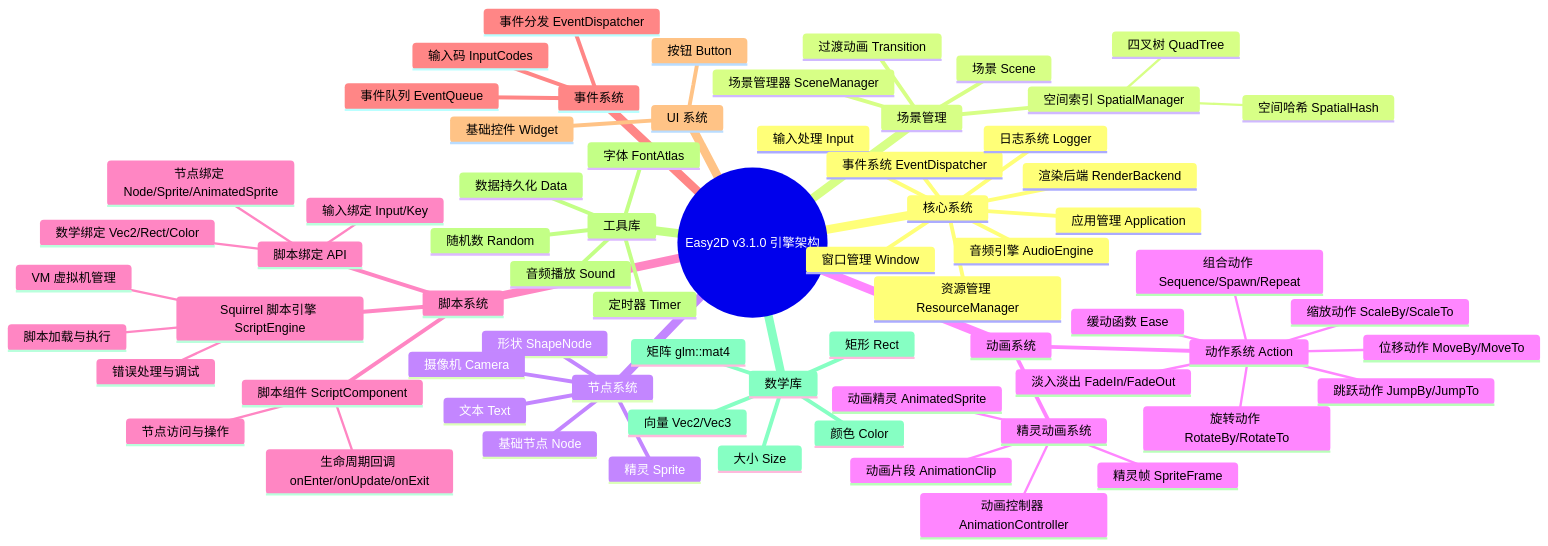
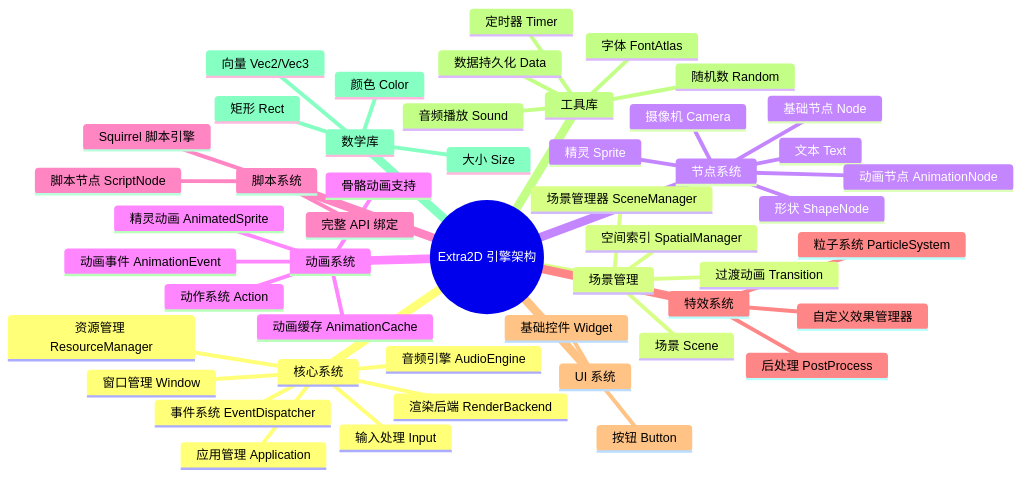
The diagram in README.md (ChestnutYueyue/Extra2D), drawn with Mermaid before and after one commit. The commit also changed other lines of this file and 71 other files, not shown here.

````diff
--- a/README.md
+++ b/README.md
@@ -58,71 +53,52 @@
 ```mermaid
 mindmap
-  root((Easy2D v3.1.0 引擎架构))
+  root((Extra2D 引擎架构))
     核心系统
       应用管理 Application
       渲染后端 RenderBackend
       窗口管理 Window
       输入处理 Input
       音频引擎 AudioEngine
       资源管理 ResourceManager
       事件系统 EventDispatcher
-      日志系统 Logger
     场景管理
       场景 Scene
       场景管理器 SceneManager
       过渡动画 Transition
       空间索引 SpatialManager
-        四叉树 QuadTree
-        空间哈希 SpatialHash
     节点系统
       基础节点 Node
       精灵 Sprite
       文本 Text
       形状 ShapeNode
       摄像机 Camera
+      动画节点 AnimationNode
     动画系统
       动作系统 Action
-        位移动作 MoveBy/MoveTo
-        缩放动作 ScaleBy/ScaleTo
-        旋转动作 RotateBy/RotateTo
-        淡入淡出 FadeIn/FadeOut
-        跳跃动作 JumpBy/JumpTo
-        组合动作 Sequence/Spawn/Repeat
-        缓动函数 Ease
-      精灵动画系统
-        动画精灵 AnimatedSprite
-        动画片段 AnimationClip
-        动画控制器 AnimationController
-        精灵帧 SpriteFrame
+      精灵动画 AnimatedSprite
+      骨骼动画支持
+      动画缓存 AnimationCache
+      动画事件 AnimationEvent
     脚本系统
-      Squirrel 脚本引擎 ScriptEngine
-        VM 虚拟机管理
-        脚本加载与执行
-        错误处理与调试
-      脚本组件 ScriptComponent
-        生命周期回调 onEnter/onUpdate/onExit
-        节点访问与操作
-      脚本绑定 API
-        节点绑定 Node/Sprite/AnimatedSprite
-        输入绑定 Input/Key
-        数学绑定 Vec2/Rect/Color
-    事件系统
-      事件队列 EventQueue
-      事件分发 EventDispatcher
-      输入码 InputCodes
+      Squirrel 脚本引擎
+      脚本节点 ScriptNode
+      完整 API 绑定
+    特效系统
+      粒子系统 ParticleSystem
+      后处理 PostProcess
+      自定义效果管理器
     UI 系统
       基础控件 Widget
       按钮 Button
     工具库
       音频播放 Sound
       数据持久化 Data
       随机数 Random
       定时器 Timer
       字体 FontAtlas
     数学库
       向量 Vec2/Vec3
       矩形 Rect
       大小 Size
       颜色 Color
-      矩阵 glm::mat4
 ```
````
